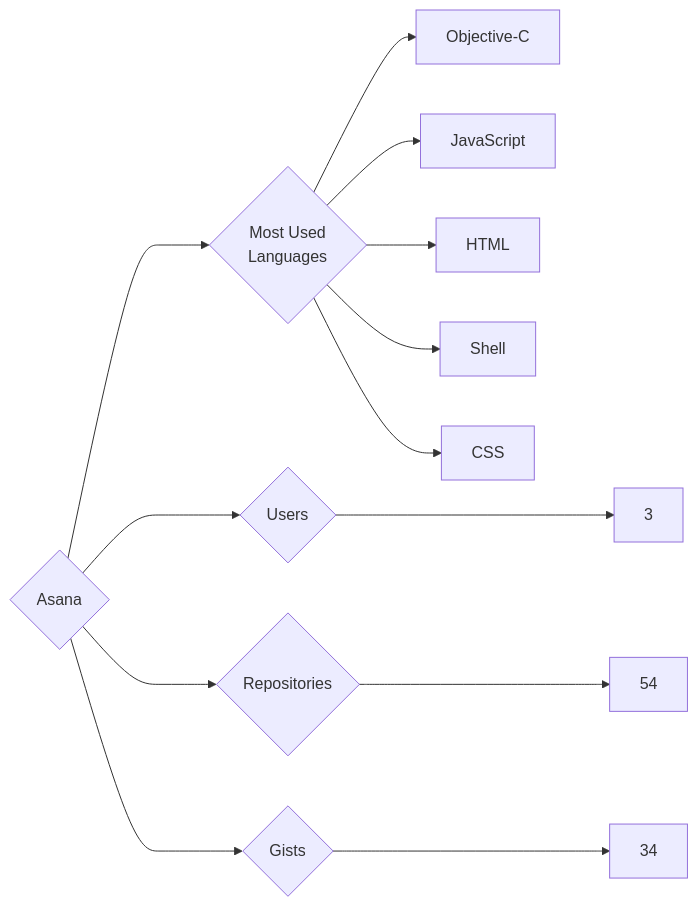
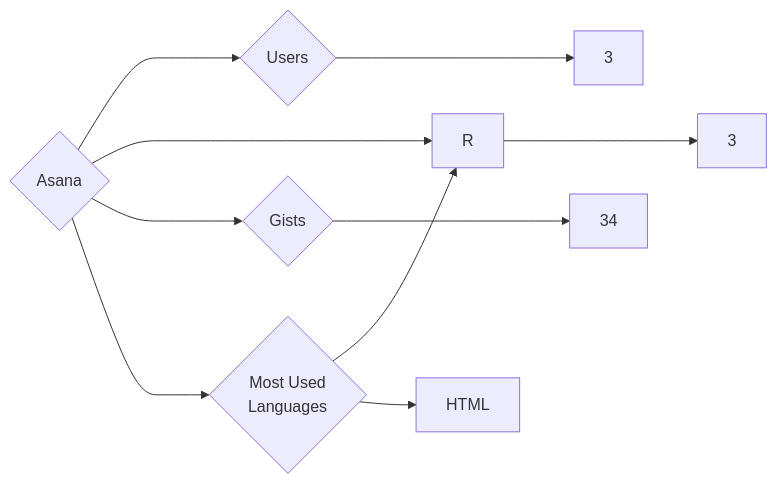
Before and after one commit to trickest/insiders: the diagram in targets/Asana/README.md, drawn with Mermaid. The commit also changed 1007 other files, not shown here.

````diff
--- a/targets/Asana/README.md
+++ b/targets/Asana/README.md
@@ -3,13 +3,10 @@
 ```mermaid
 graph LR
 COMPANY_NAME{Asana}
 COMPANY_NAME ---> U{Users} ---> UN[3]
-COMPANY_NAME ---> R{Repositories} ---> RN[54]
+COMPANY_NAME ---> R{Repositories} ---> RN[3]
 COMPANY_NAME ---> G{Gists} ---> GN[34]
 COMPANY_NAME ---> ML{Most Used<br>Languages}
-ML --> Objective-C[Objective-C]
-ML --> JavaScript[JavaScript]
+ML --> R[R]
 ML --> HTML[HTML]
-ML --> Shell[Shell]
-ML --> CSS[CSS]
 ```
````
